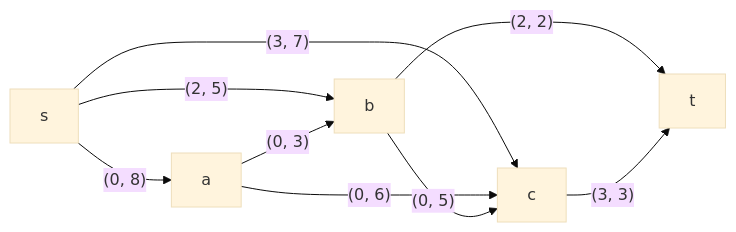
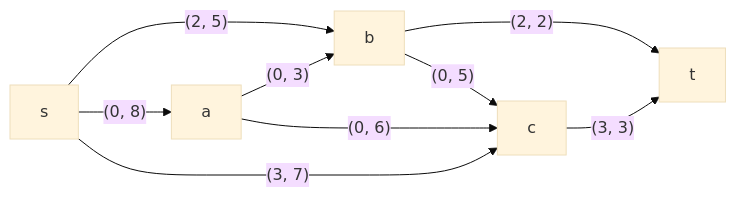
One commit to HSE-algo-23-crow/manual_tasks changed the seventh of 8 diagrams in task_14/Mongolian_tomatoes_task_14.md. Above: the diagram before and after it, drawn with Mermaid (base theme). The commit also changed other lines of this file, not shown here.

````diff
--- a/task_14/Mongolian_tomatoes_task_14.md
+++ b/task_14/Mongolian_tomatoes_task_14.md
@@ -108,11 +109,11 @@
 ```mermaid
 graph LR
+    s-->|"(2, 5)"|b
     s-->|"(0, 8)"|a
     s-->|"(3, 7)"|c
-    s-->|"(2, 5)"|b
+    b-->|"(2, 2)"|t
     a-->|"(0, 3)"|b
     a-->|"(0, 6)"|c
     b-->|"(0, 5)"|c
-    b-->|"(2, 2)"|t
     c-->|"(3, 3)"|t
 ```
````
